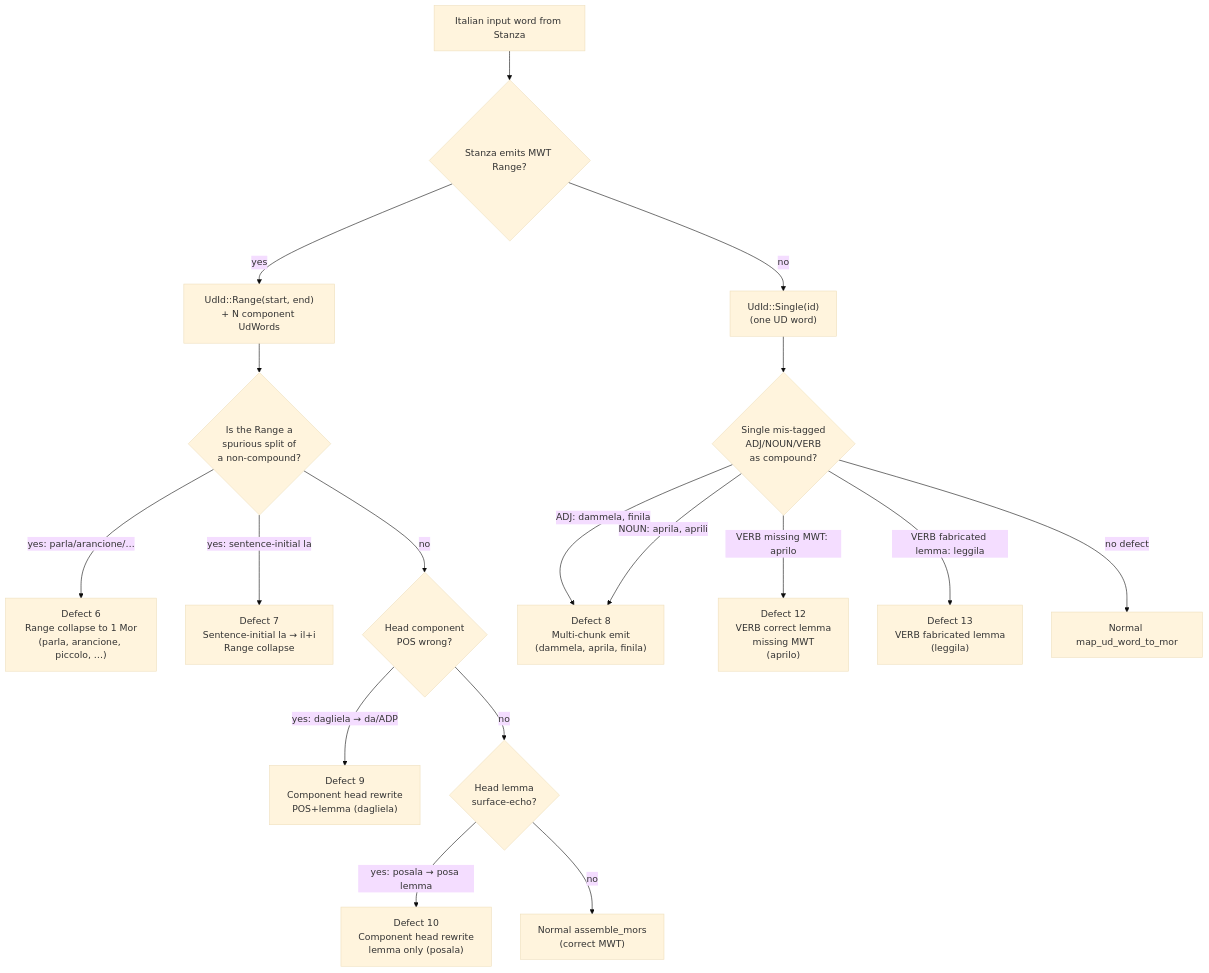
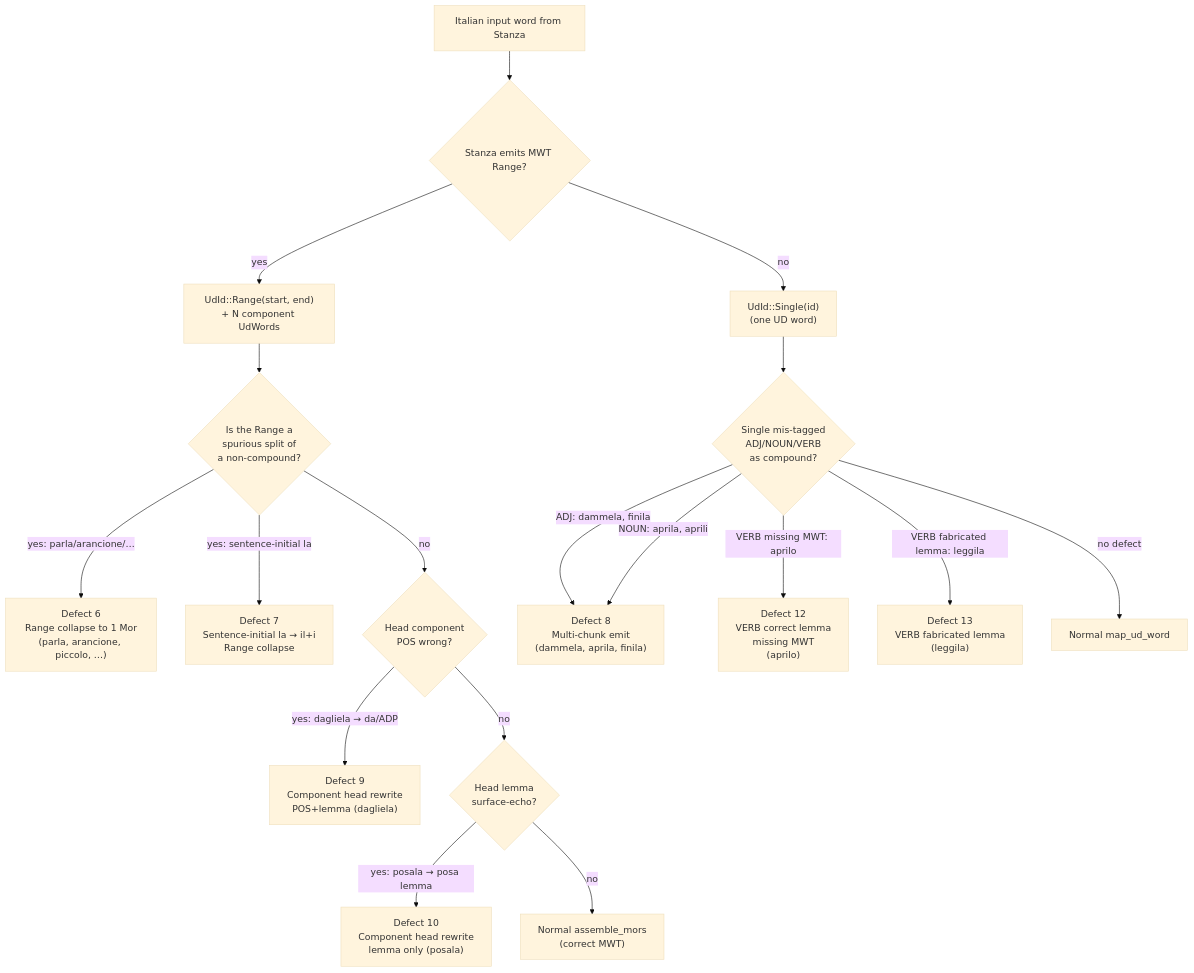
The first of 4 diagrams in book/src/batchalign/reference/languages/italian.md (FranklinChen/talkbank-tools), drawn with Mermaid (base theme) before and after one commit. The commit also changed other lines of this file and 470 other files, not shown here.

````diff
--- a/book/src/batchalign/reference/languages/italian.md
+++ b/book/src/batchalign/reference/languages/italian.md
@@ -341,42 +341,42 @@
 ```mermaid
 flowchart TD
     Start["Italian input word from Stanza"]
     MWT{"Stanza emits MWT Range?"}
     Range["UdId::Range(start, end)<br/>+ N component UdWords"]
     Single["UdId::Single(id)<br/>(one UD word)"]
 
     SpuriousSplit{"Is the Range a<br/>spurious split of<br/>a non-compound?"}
     Def6["Defect 6<br/>Range collapse to 1 Mor<br/>(parla, arancione, piccolo, …)"]
     Def7["Defect 7<br/>Sentence-initial la → il+i<br/>Range collapse"]
     HeadMisPOS{"Head component<br/>POS wrong?"}
     Def9["Defect 9<br/>Component head rewrite<br/>POS+lemma (dagliela)"]
     HeadLemmaOnly{"Head lemma<br/>surface-echo?"}
     Def10["Defect 10<br/>Component head rewrite<br/>lemma only (posala)"]
     NormalRange["Normal assemble_mors<br/>(correct MWT)"]
 
     SingleMisPOS{"Single mis-tagged<br/>ADJ/NOUN/VERB<br/>as compound?"}
     Def8["Defect 8<br/>Multi-chunk emit<br/>(dammela, aprila, finila)"]
     Def12["Defect 12<br/>VERB correct lemma<br/>missing MWT<br/>(aprilo)"]
     Def13["Defect 13<br/>VERB fabricated lemma<br/>(leggila)"]
-    NormalSingle["Normal map_ud_word_to_mor"]
+    NormalSingle["Normal map_ud_word"]
 
     Start --> MWT
     MWT -->|"yes"| Range
     MWT -->|"no"| Single
 
     Range --> SpuriousSplit
     SpuriousSplit -->|"yes: parla/arancione/…"| Def6
     SpuriousSplit -->|"yes: sentence-initial la"| Def7
     SpuriousSplit -->|"no"| HeadMisPOS
     HeadMisPOS -->|"yes: dagliela → da/ADP"| Def9
     HeadMisPOS -->|"no"| HeadLemmaOnly
     HeadLemmaOnly -->|"yes: posala → posa lemma"| Def10
     HeadLemmaOnly -->|"no"| NormalRange
 
     Single --> SingleMisPOS
     SingleMisPOS -->|"ADJ: dammela, finila"| Def8
     SingleMisPOS -->|"NOUN: aprila, aprili"| Def8
     SingleMisPOS -->|"VERB missing MWT: aprilo"| Def12
     SingleMisPOS -->|"VERB fabricated lemma: leggila"| Def13
     SingleMisPOS -->|"no defect"| NormalSingle
 ```
````
